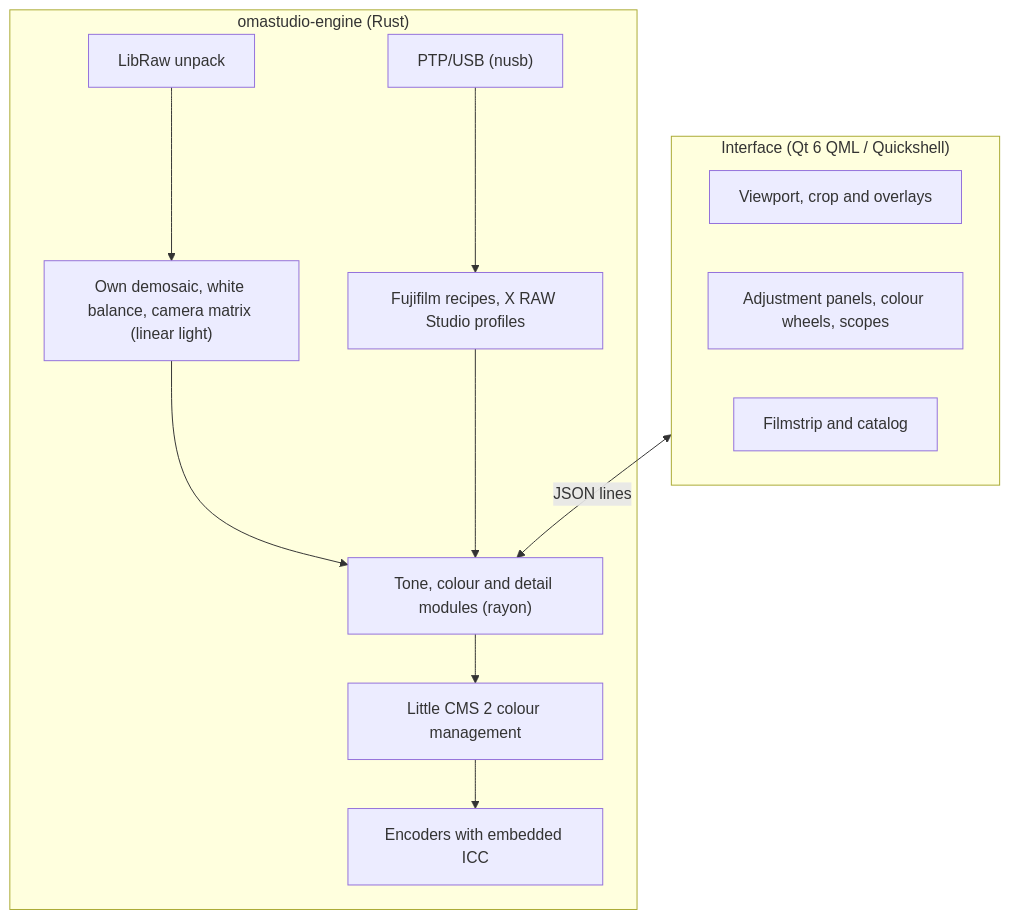
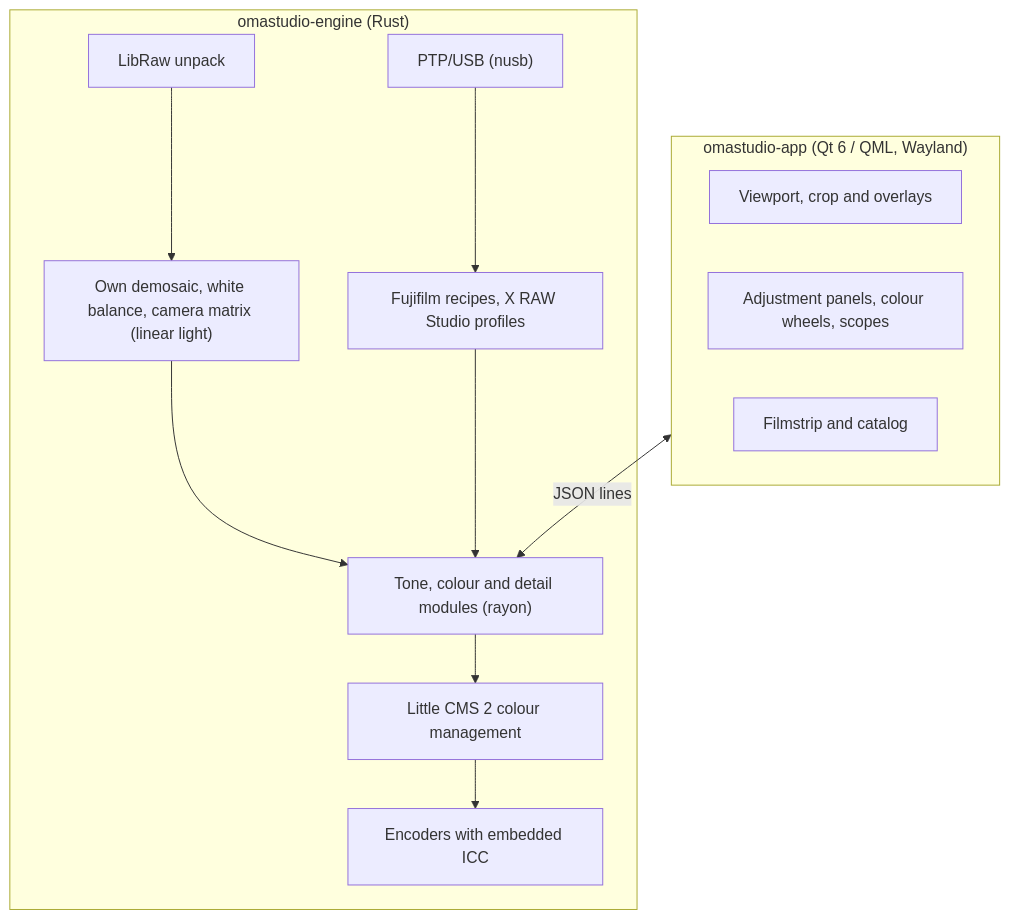
One commit to ozdil/omarchy-omastudio changed the first of 2 diagrams in README.md. Above: the diagram before and after it, drawn with Mermaid. The commit also changed other lines of this file and 80 other files, not shown here.

First line of the commit message:
Faz 3b: standalone Qt 6 application (omastudio-app, cxx-qt)

````diff
--- a/README.md
+++ b/README.md
@@ -37,23 +39,23 @@
 ```mermaid
 graph TD
-    subgraph UI ["Interface (Qt 6 QML / Quickshell)"]
+    subgraph UI ["omastudio-app (Qt 6 / QML, Wayland)"]
         Viewport["Viewport, crop and overlays"]
         Panels["Adjustment panels, colour wheels, scopes"]
         Library["Filmstrip and catalog"]
     end
 
     subgraph Engine ["omastudio-engine (Rust)"]
         Decode["LibRaw unpack"]
         Develop["Own demosaic, white balance, camera matrix (linear light)"]
         Pipeline["Tone, colour and detail modules (rayon)"]
         ICC["Little CMS 2 colour management"]
         Fuji["Fujifilm recipes, X RAW Studio profiles"]
         PTP["PTP/USB (nusb)"]
         Export["Encoders with embedded ICC"]
     end
 
     UI <-->|JSON lines| Pipeline
     Decode --> Develop --> Pipeline --> ICC --> Export
     Fuji --> Pipeline
     PTP --> Fuji
 ```
````
